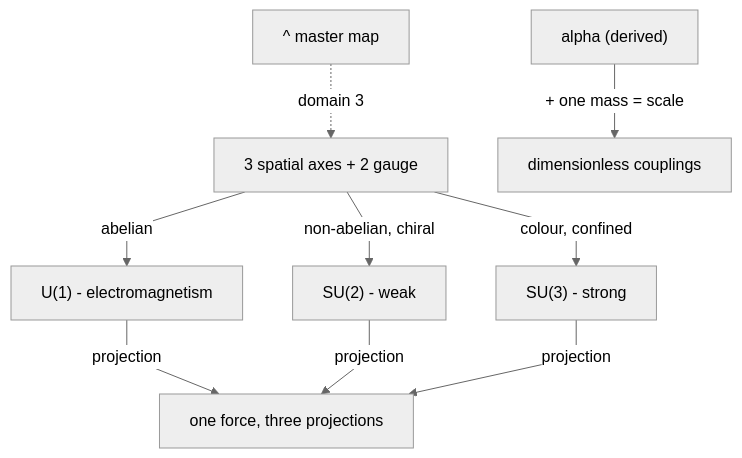
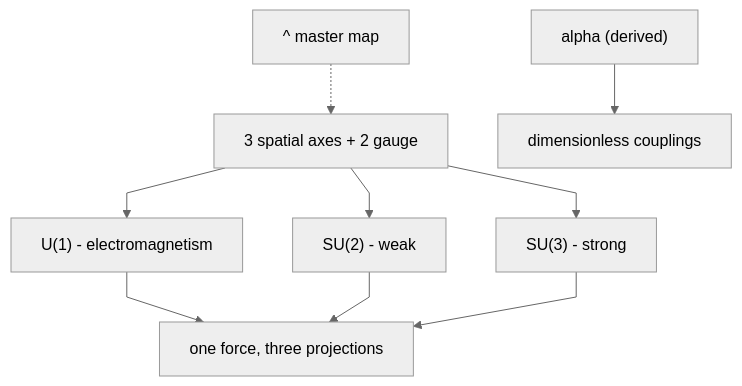
The fourth of 11 diagrams in FlowChart.md (jimscarver/quantum-logical-framework), drawn with Mermaid before and after one commit. The commit also changed other lines of this file, not shown here.

First line of the commit message:
FlowChart.md: remove edge labels, move connectors to text legends (definitive GitHub render fix)

````diff
--- a/FlowChart.md
+++ b/FlowChart.md
@@ -86,12 +92,12 @@
 ```mermaid
 %%{init: {"theme":"neutral", "flowchart": {"curve": "linear"}}}%%
 flowchart TD
-  H3["^ master map"] -.->|"domain 3"| AX["3 spatial axes + 2 gauge"]
-  AX -->|"abelian"| EM["U(1) - electromagnetism"]
-  AX -->|"non-abelian, chiral"| WK["SU(2) - weak"]
-  AX -->|"colour, confined"| ST["SU(3) - strong"]
-  AL["alpha (derived)"] -->|"+ one mass = scale"| CPL["dimensionless couplings"]
-  EM -->|"projection"| UNI["one force, three projections"]
-  WK -->|"projection"| UNI
-  ST -->|"projection"| UNI
+  H3["^ master map"] -.-> AX["3 spatial axes + 2 gauge"]
+  AX --> EM["U(1) - electromagnetism"]
+  AX --> WK["SU(2) - weak"]
+  AX --> ST["SU(3) - strong"]
+  AL["alpha (derived)"] --> CPL["dimensionless couplings"]
+  EM --> UNI["one force, three projections"]
+  WK --> UNI
+  ST --> UNI
 ```
````
